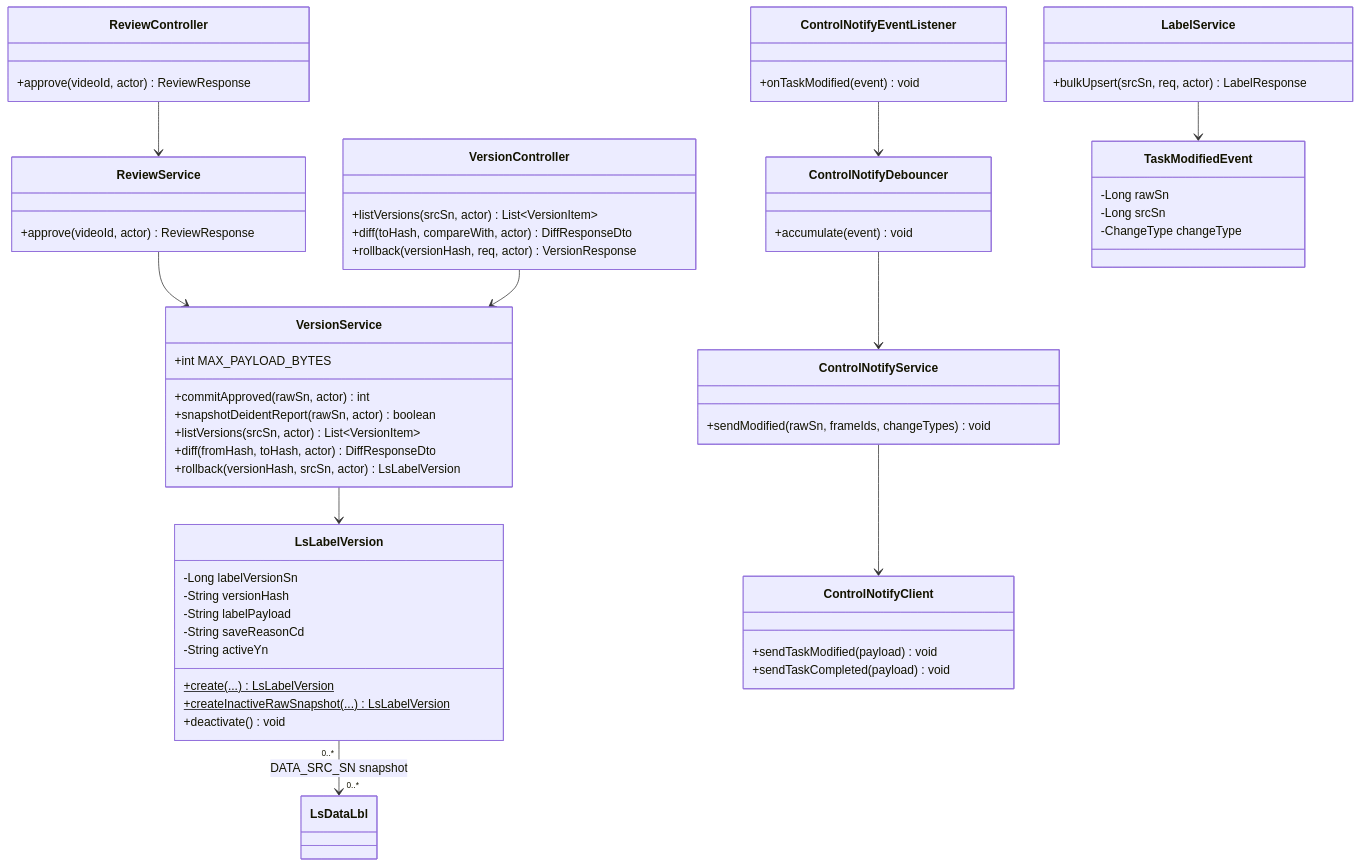
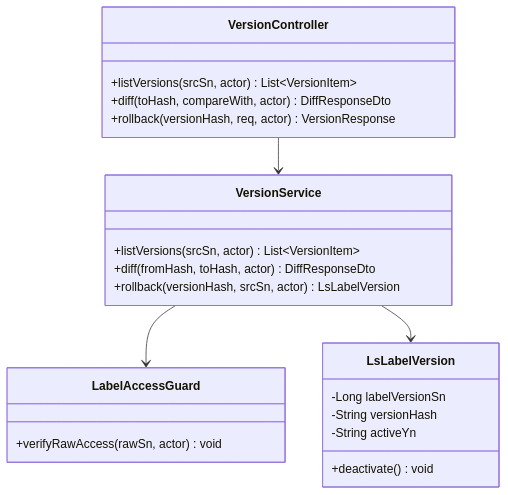
Diagram 21 of 26 in docs/design/D1-클래스설계서.md (New-stella/klid-label), drawn with Mermaid before and after one commit. The commit also changed other lines of this file, not shown here.

````diff
--- a/docs/design/D1-클래스설계서.md
+++ b/docs/design/D1-클래스설계서.md
@@ -928,63 +1026,26 @@
 ```mermaid
 classDiagram
-    class ReviewController {
-        +approve(videoId, actor) ReviewResponse
-    }
-    class ReviewService {
-        +approve(videoId, actor) ReviewResponse
-    }
     class VersionController {
         +listVersions(srcSn, actor) List~VersionItem~
         +diff(toHash, compareWith, actor) DiffResponseDto
         +rollback(versionHash, req, actor) VersionResponse
     }
     class VersionService {
-        +int MAX_PAYLOAD_BYTES
-        +commitApproved(rawSn, actor) int
-        +snapshotDeidentReport(rawSn, actor) boolean
         +listVersions(srcSn, actor) List~VersionItem~
         +diff(fromHash, toHash, actor) DiffResponseDto
         +rollback(versionHash, srcSn, actor) LsLabelVersion
     }
     class LsLabelVersion {
         -Long labelVersionSn
         -String versionHash
-        -String labelPayload
-        -String saveReasonCd
         -String activeYn
-        +create(...)$ LsLabelVersion
-        +createInactiveRawSnapshot(...)$ LsLabelVersion
         +deactivate() void
     }
-    class LabelService {
-        +bulkUpsert(srcSn, req, actor) LabelResponse
-    }
-    class ControlNotifyEventListener {
-        +onTaskModified(event) void
-    }
-    class ControlNotifyDebouncer {
-        +accumulate(event) void
-    }
-    class ControlNotifyService {
-        +sendModified(rawSn, frameIds, changeTypes) void
-    }
-    class ControlNotifyClient {
-        +sendTaskModified(payload) void
-        +sendTaskCompleted(payload) void
-    }
-    class TaskModifiedEvent {
-        -Long rawSn
-        -Long srcSn
-        -ChangeType changeType
+    class LabelAccessGuard {
+        +verifyRawAccess(rawSn, actor) void
     }
 
-    ReviewController --> ReviewService
-    ReviewService --> VersionService
     VersionController --> VersionService
+    VersionService --> LabelAccessGuard
     VersionService --> LsLabelVersion
-    LabelService --> TaskModifiedEvent
-    ControlNotifyEventListener --> ControlNotifyDebouncer
-    ControlNotifyDebouncer --> ControlNotifyService
-    ControlNotifyService --> ControlNotifyClient
-    LsLabelVersion "0..*" --> "0..*" LsDataLbl : DATA_SRC_SN snapshot
 ```
````
